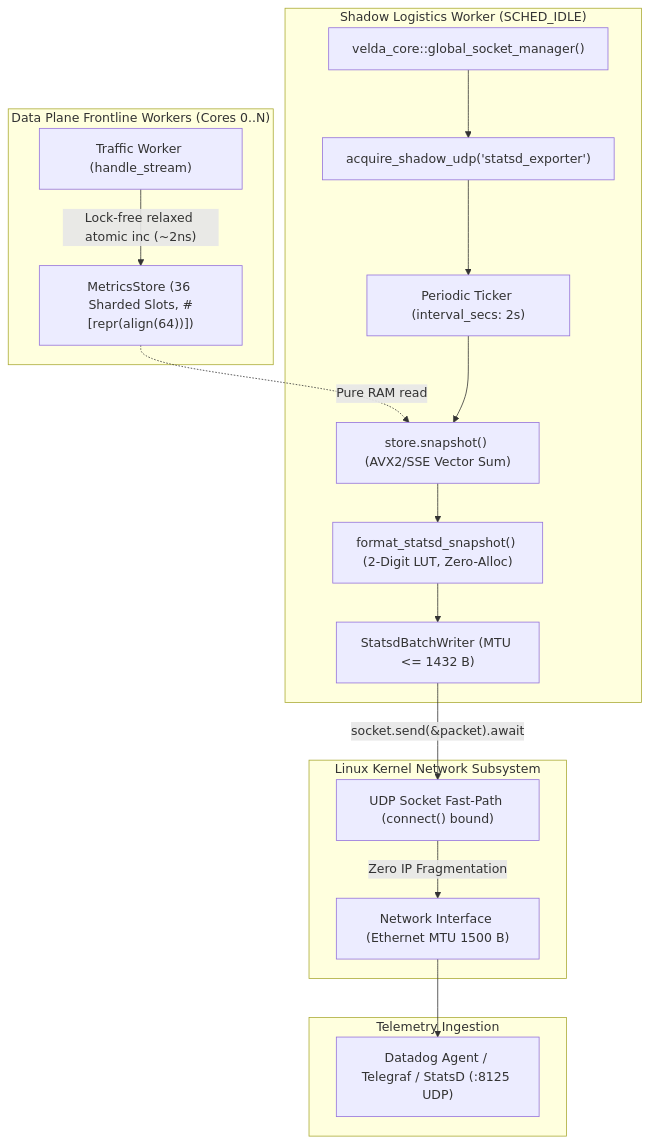
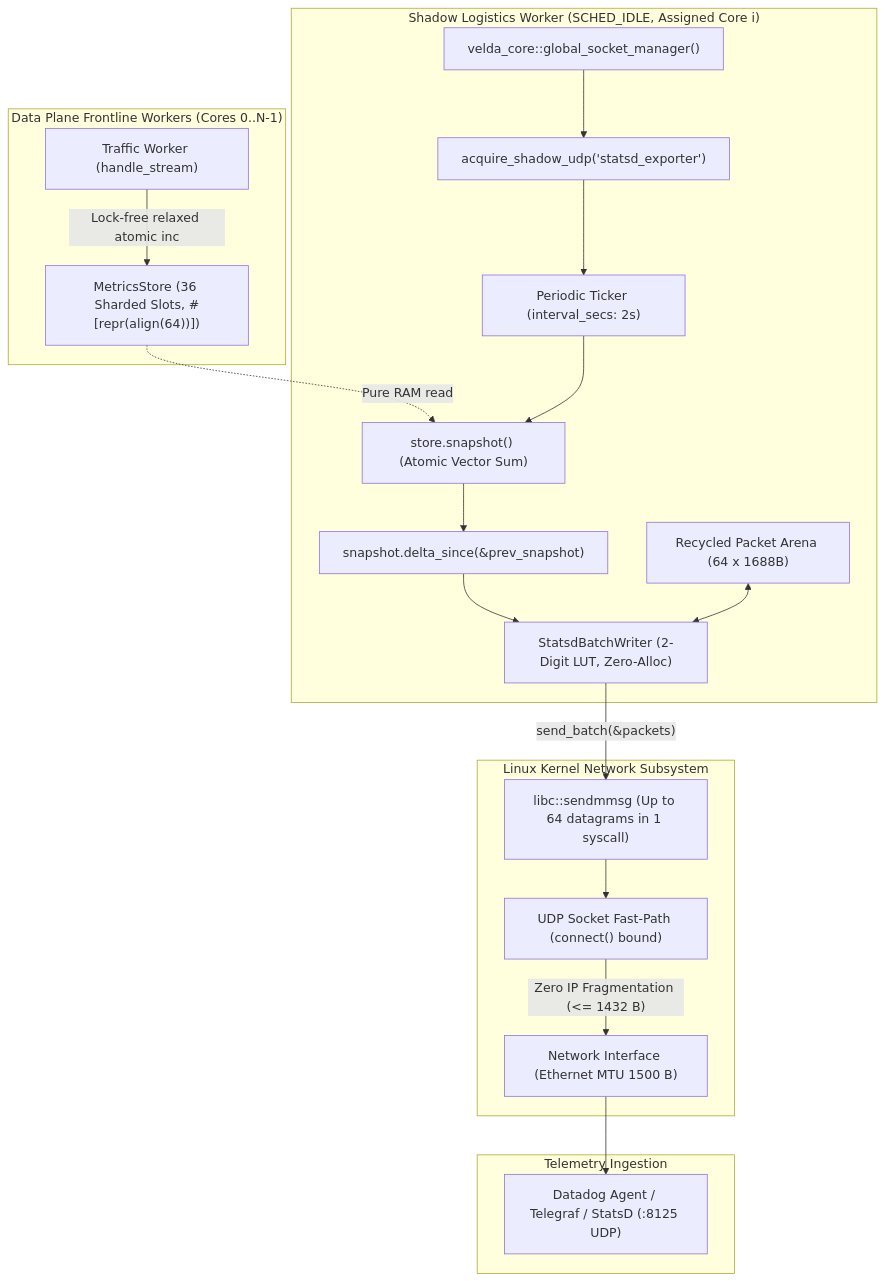
The diagram in crates/velda-plugin/src/background/statsd_exporter/ARCHITECTURE.md (phucle996/velda-edge), drawn with Mermaid before and after one commit. The commit also changed other lines of this file and 68 other files, not shown here.

````diff
--- a/crates/velda-plugin/src/background/statsd_exporter/ARCHITECTURE.md
+++ b/crates/velda-plugin/src/background/statsd_exporter/ARCHITECTURE.md
@@ -19,37 +19,41 @@
 ```mermaid
 flowchart TD
-    subgraph DataPlane["Data Plane Frontline Workers (Cores 0..N)"]
+    subgraph DataPlane["Data Plane Frontline Workers (Cores 0..N-1)"]
         FW["Traffic Worker (handle_stream)"]
         MS["MetricsStore (36 Sharded Slots, #[repr(align(64))])"]
-        FW -->|"Lock-free relaxed atomic inc (~2ns)"| MS
+        FW -->|"Lock-free relaxed atomic inc"| MS
     end
 
-    subgraph ShadowWorker["Shadow Logistics Worker (SCHED_IDLE)"]
+    subgraph ShadowWorker["Shadow Logistics Worker (SCHED_IDLE, Assigned Core i)"]
         SM["velda_core::global_socket_manager()"]
         UDP_SOCK["acquire_shadow_udp('statsd_exporter')"]
         SM --> UDP_SOCK
 
         LOOP["Periodic Ticker (interval_secs: 2s)"]
-        SNAP["store.snapshot() (AVX2/SSE Vector Sum)"]
-        FMT["format_statsd_snapshot() (2-Digit LUT, Zero-Alloc)"]
-        BATCH["StatsdBatchWriter (MTU <= 1432 B)"]
+        SNAP["store.snapshot() (Atomic Vector Sum)"]
+        DELTA["snapshot.delta_since(&prev_snapshot)"]
+        FMT["StatsdBatchWriter (2-Digit LUT, Zero-Alloc)"]
+        POOL["Recycled Packet Arena (64 x 1688B)"]
 
         UDP_SOCK --> LOOP
         MS -.->|"Pure RAM read"| SNAP
         LOOP --> SNAP
-        SNAP --> FMT
-        FMT --> BATCH
+        SNAP --> DELTA
+        DELTA --> FMT
+        POOL <--> FMT
     end
 
     subgraph KernelNet["Linux Kernel Network Subsystem"]
         FAST_SEND["UDP Socket Fast-Path (connect() bound)"]
+        SENDMMSG["libc::sendmmsg (Up to 64 datagrams in 1 syscall)"]
         NET_IF["Network Interface (Ethernet MTU 1500 B)"]
-        BATCH -->|"socket.send(&packet).await"| FAST_SEND
-        FAST_SEND -->|"Zero IP Fragmentation"| NET_IF
+        FMT -->|"send_batch(&packets)"| SENDMMSG
+        SENDMMSG --> FAST_SEND
+        FAST_SEND -->|"Zero IP Fragmentation (<= 1432 B)"| NET_IF
     end
 
     subgraph Collector["Telemetry Ingestion"]
         DAEMON["Datadog Agent / Telegraf / StatsD (:8125 UDP)"]
         NET_IF --> DAEMON
     end
 ```
````
